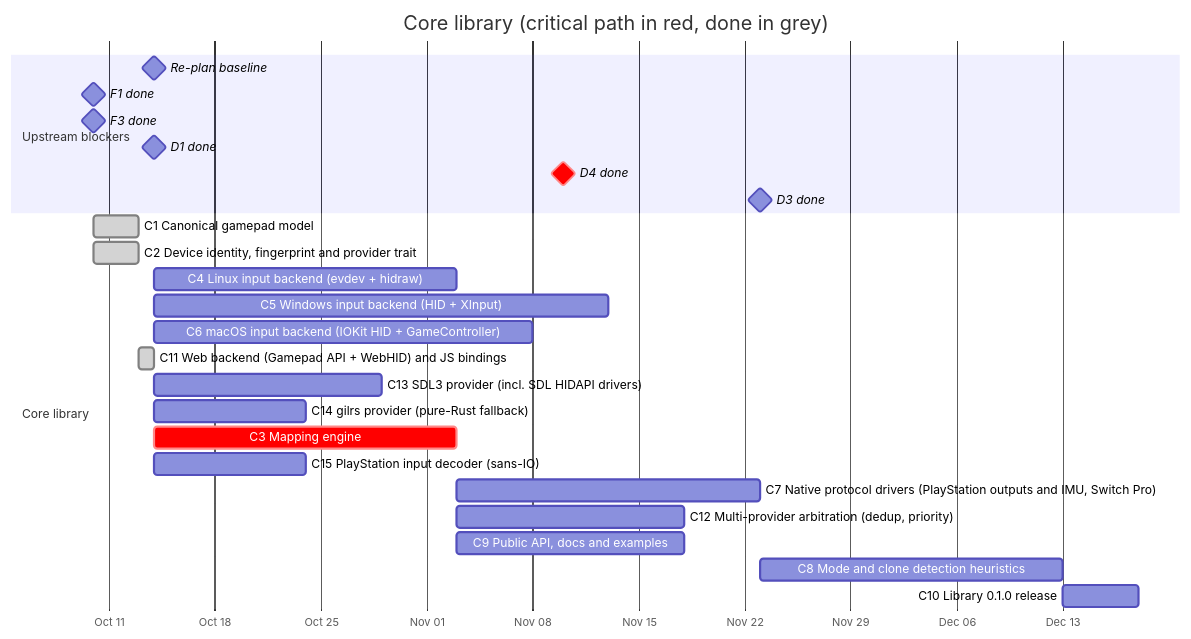
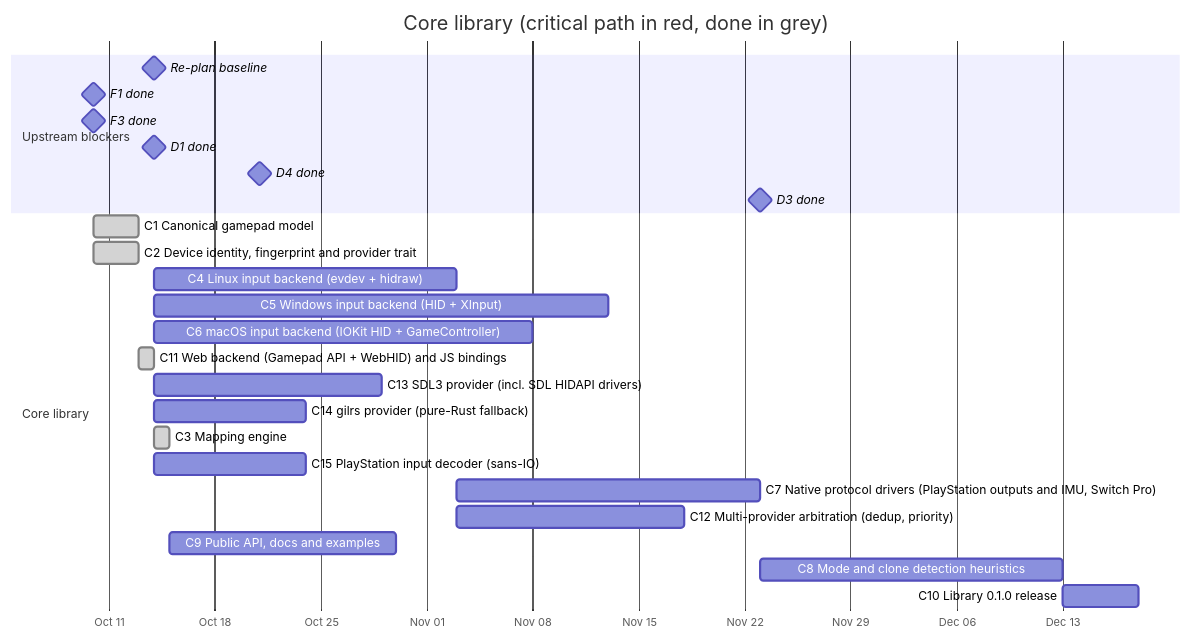
One commit to anygamepad/anygamepad.github.io changed the diagram in ROADMAP/2026-10-14/01-core-library.md. Above: the diagram before and after it, drawn with Mermaid. The commit also changed other lines of this file and 30 other files, not shown here.

First line of the commit message:
Add mapping engine and web tester improvements (#9)

````diff
--- a/ROADMAP/2026-10-14/01-core-library.md
+++ b/ROADMAP/2026-10-14/01-core-library.md
@@ -14,29 +14,29 @@
 ```mermaid
 gantt
     dateFormat YYYY-MM-DD
     axisFormat %b %d
     title Core library (critical path in red, done in grey)
     section Upstream blockers
     Re-plan baseline :milestone, t0, 2026-10-14, 0d
     F1 done :milestone, f1, 2026-10-10, 0d
     F3 done :milestone, f3, 2026-10-10, 0d
     D1 done :milestone, d1, 2026-10-14, 0d
-    D4 done :milestone, crit, d4, 2026-11-10, 0d
+    D4 done :milestone, d4, 2026-10-21, 0d
     D3 done :milestone, d3, 2026-11-23, 0d
     section Core library
     C1 Canonical gamepad model :done, c1, 2026-10-10, 3d
     C2 Device identity, fingerprint and provider trait :done, c2, 2026-10-10, 3d
     C4 Linux input backend (evdev + hidraw) :c4, after c1 c2 t0, 20d
     C5 Windows input backend (HID + XInput) :c5, after c1 c2 t0, 30d
     C6 macOS input backend (IOKit HID + GameController) :c6, after c1 c2 t0, 25d
     C11 Web backend (Gamepad API + WebHID) and JS bindings :done, c11, 2026-10-13, 1d
     C13 SDL3 provider (incl. SDL HIDAPI drivers) :c13, after c1 c2 t0, 15d
     C14 gilrs provider (pure-Rust fallback) :c14, after c1 c2 t0, 10d
-    C3 Mapping engine :crit, c3, after c1 d1 t0, 20d
+    C3 Mapping engine :done, c3, 2026-10-14, 1d
     C15 PlayStation input decoder (sans-IO) :c15, after c1 c2 t0, 10d
     C7 Native protocol drivers (PlayStation outputs and IMU, Switch Pro) :c7, after c4 c15, 20d
     C12 Multi-provider arbitration (dedup, priority) :c12, after c4 c13, 15d
     C9 Public API, docs and examples :c9, after c3, 15d
     C8 Mode and clone detection heuristics :c8, after c3 c4 d3, 20d
     C10 Library 0.1.0 release :c10, after c5 c6 c7 c8 c9 c11 c12 c14 d4, 5d
 ```
````
